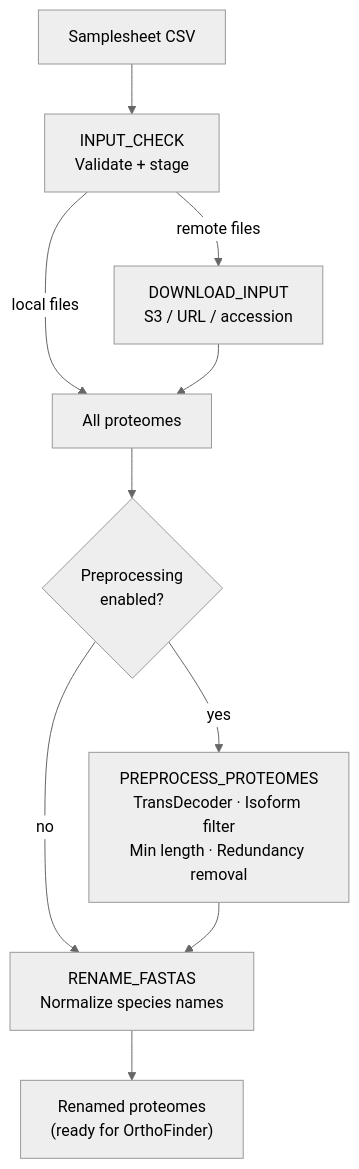
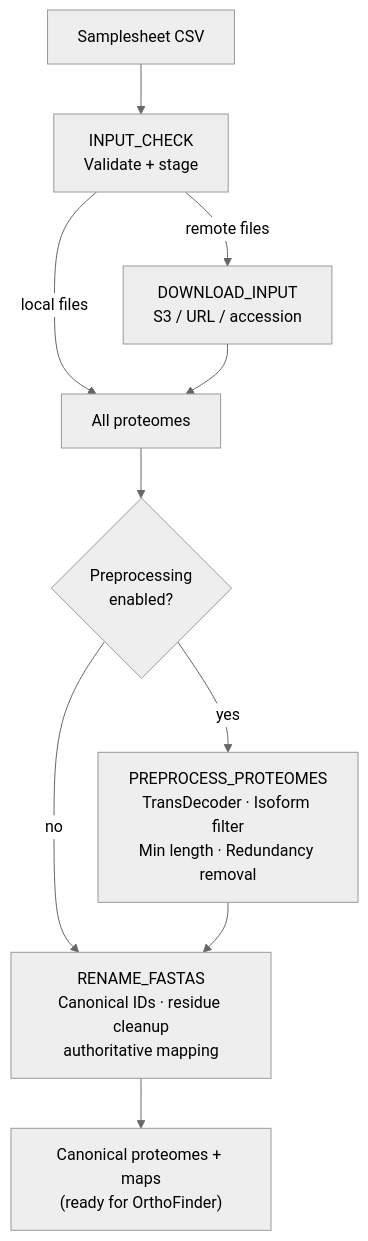
One commit to Arcadia-Science/noveltree changed the second of 6 diagrams in README.md. Above: the diagram before and after it, drawn with Mermaid (neutral theme). The commit also changed other lines of this file and 3 other files, not shown here.

````diff
--- a/README.md
+++ b/README.md
@@ -243,13 +259,13 @@
 ```mermaid
 flowchart TD
     SS["Samplesheet CSV"] --> IC["INPUT_CHECK<br/>Validate + stage"]
     IC -->|remote files| DL["DOWNLOAD_INPUT<br/>S3 / URL / accession"]
     IC -->|local files| MIX["All proteomes"]
     DL --> MIX
 
     MIX --> PPQ{"Preprocessing<br/>enabled?"}
     PPQ -->|yes| PP["PREPROCESS_PROTEOMES<br/>TransDecoder · Isoform filter<br/>Min length · Redundancy removal"]
     PPQ -->|no| RENAME
-    PP --> RENAME["RENAME_FASTAS<br/>Normalize species names"]
-    RENAME --> OUT["Renamed proteomes<br/>(ready for OrthoFinder)"]
+    PP --> RENAME["RENAME_FASTAS<br/>Canonical IDs · residue cleanup<br/>authoritative mapping"]
+    RENAME --> OUT["Canonical proteomes + maps<br/>(ready for OrthoFinder)"]
 ```
````
